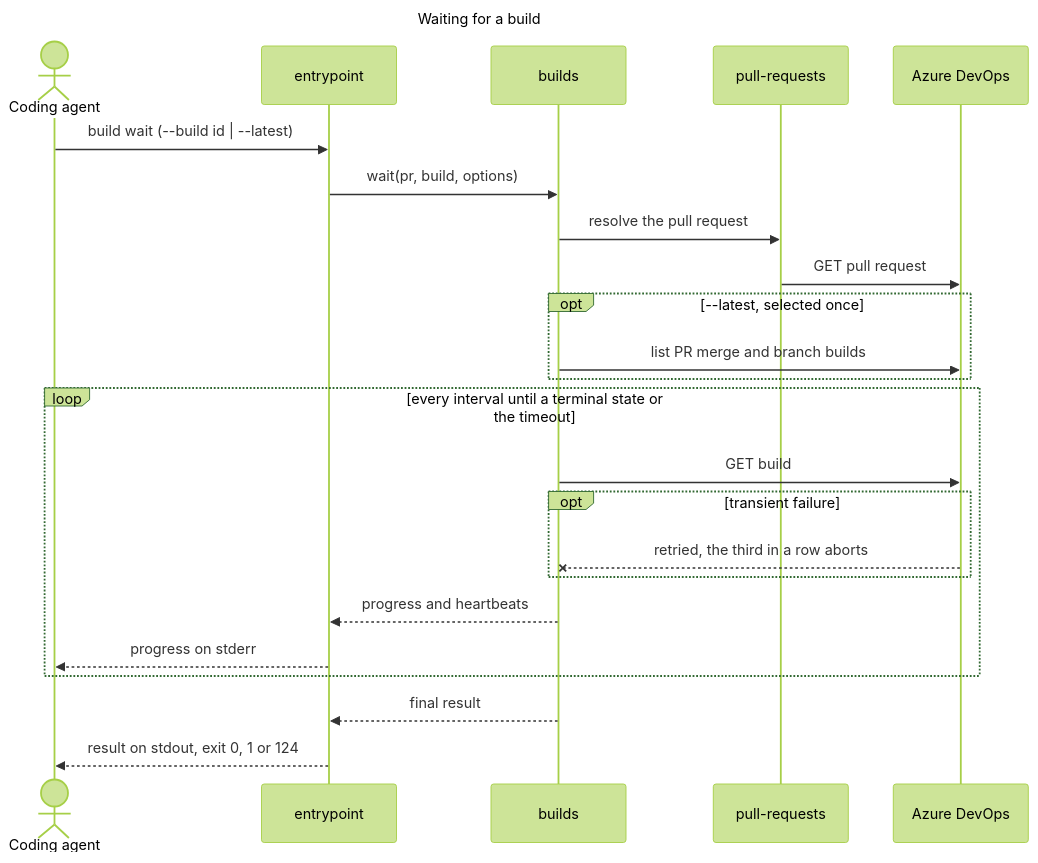
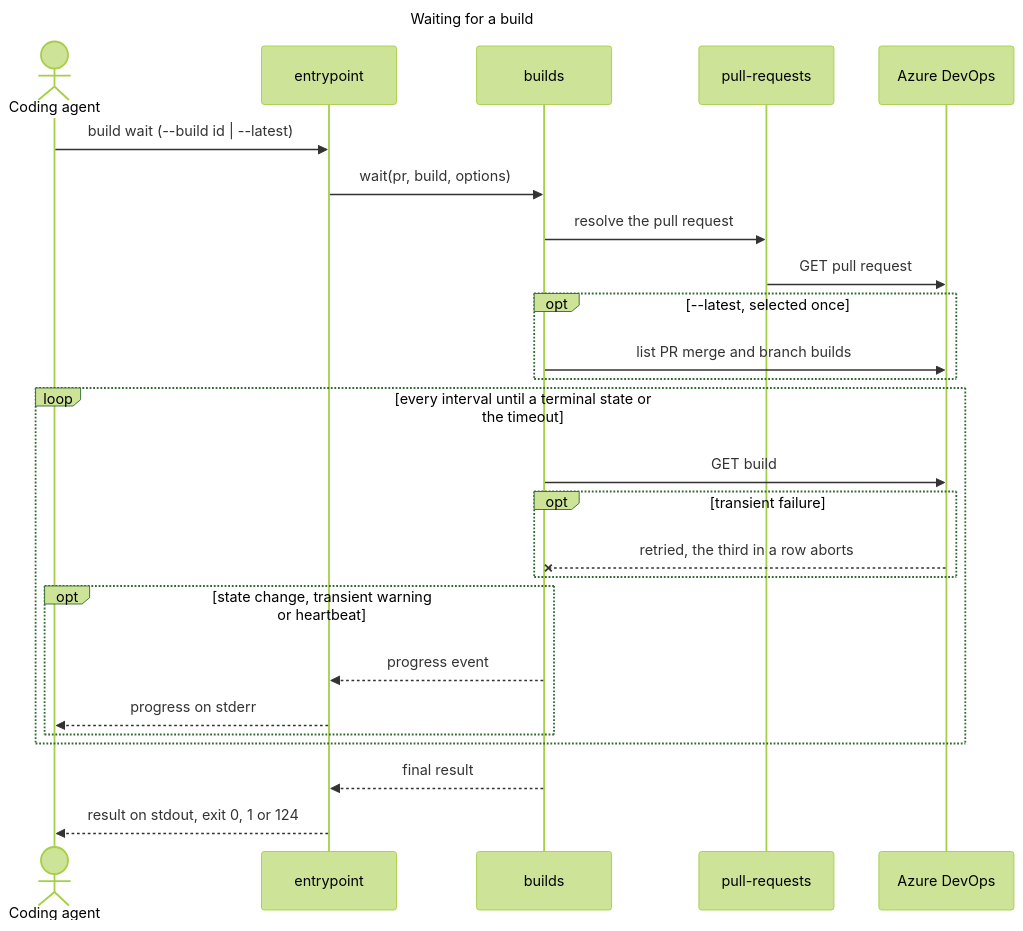
Before and after one commit to remshams/ado-pr: the fifth of 5 diagrams in docs/architecture/architecture.md, drawn with Mermaid (forest theme). The commit also changed other lines of this file and 1 other file, not shown here.

Commit message:
docs(Architecture): cover launcher exits, branch lookup and progress events

````diff
--- a/docs/architecture/architecture.md
+++ b/docs/architecture/architecture.md
@@ -191,28 +196,30 @@
 ```mermaid
 ---
 title: Waiting for a build
 ---
 sequenceDiagram
     actor Agent as Coding agent
     participant Entry as entrypoint
     participant Builds as builds
     participant Prs as pull-requests
     participant Azure as Azure DevOps
     Agent->>Entry: build wait (--build id | --latest)
     Entry->>Builds: wait(pr, build, options)
     Builds->>Prs: resolve the pull request
     Prs->>Azure: GET pull request
     opt --latest, selected once
         Builds->>Azure: list PR merge and branch builds
     end
     loop every interval until a terminal state or the timeout
         Builds->>Azure: GET build
         opt transient failure
             Azure--xBuilds: retried, the third in a row aborts
         end
-        Builds-->>Entry: progress and heartbeats
-        Entry-->>Agent: progress on stderr
+        opt state change, transient warning or heartbeat
+            Builds-->>Entry: progress event
+            Entry-->>Agent: progress on stderr
+        end
     end
     Builds-->>Entry: final result
     Entry-->>Agent: result on stdout, exit 0, 1 or 124
 ```
````
